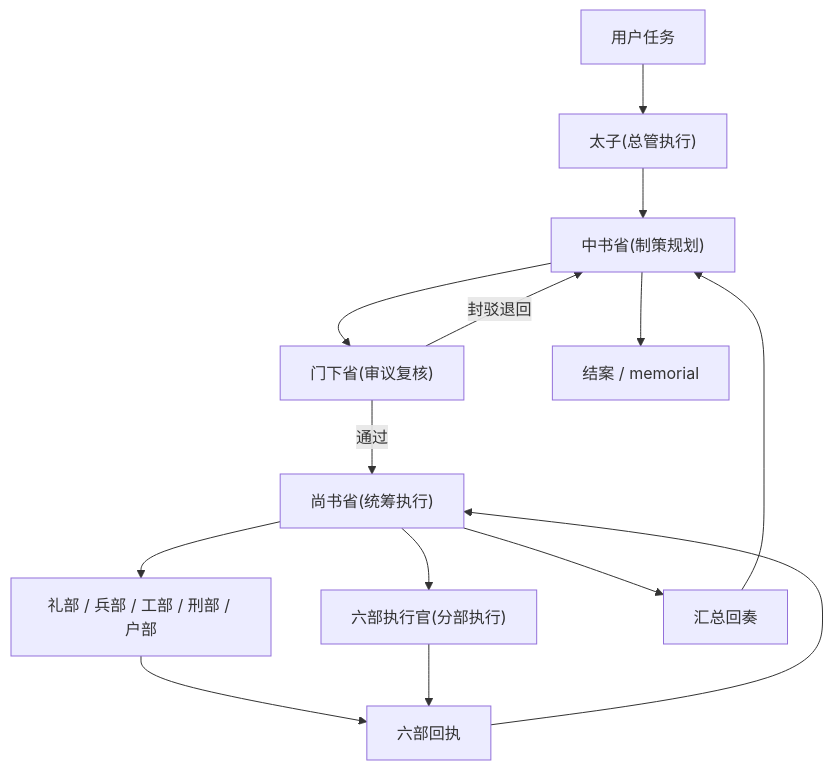
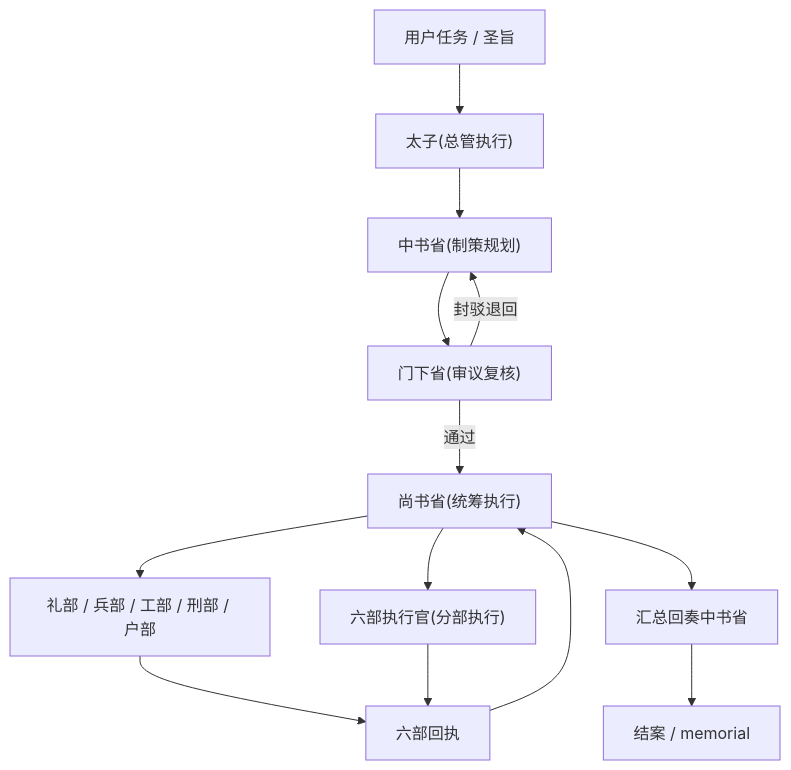
Before and after one commit to ShellMonster/OpenCode-Imperial: the first of 3 diagrams in README.md, drawn with Mermaid. The commit also changed other lines of this file, not shown here.

````diff
--- a/README.md
+++ b/README.md
@@ -73,16 +43,15 @@
 ```mermaid
 graph TD
-    U["用户任务"] --> T["太子(总管执行)"]
+    U["用户任务 / 圣旨"] --> T["太子(总管执行)"]
     T --> Z["中书省(制策规划)"]
     Z --> M["门下省(审议复核)"]
     M -->|"通过"| S["尚书省(统筹执行)"]
     M -->|"封驳退回"| Z
-    S --> L1["礼部 / 兵部 / 工部 / 刑部 / 户部"]
-    S --> L2["六部执行官(分部执行)"]
-    L1 --> R["六部回执"]
-    L2 --> R
+    S --> B1["礼部 / 兵部 / 工部 / 刑部 / 户部"]
+    S --> B2["六部执行官(分部执行)"]
+    B1 --> R["六部回执"]
+    B2 --> R
     R --> S
-    S --> W["汇总回奏"]
-    W --> Z
-    Z --> D["结案 / memorial"]
+    S --> Z2["汇总回奏中书省"]
+    Z2 --> D["结案 / memorial"]
 ```
````
